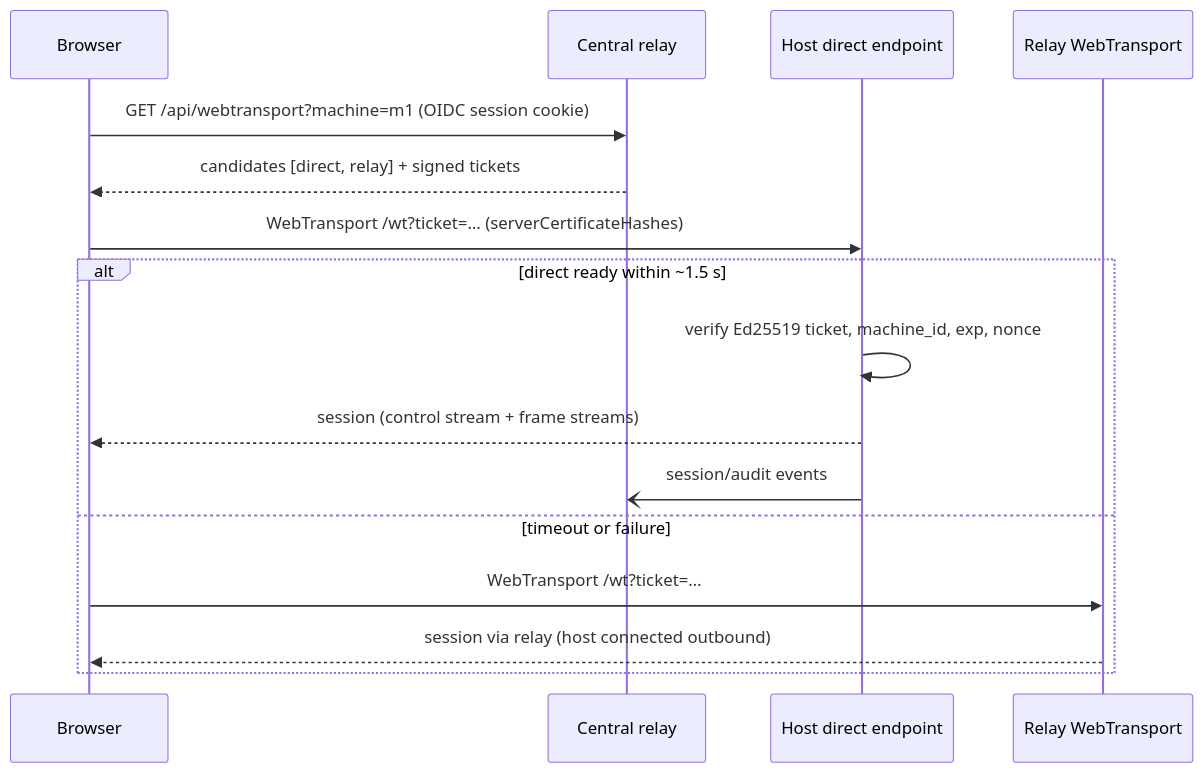
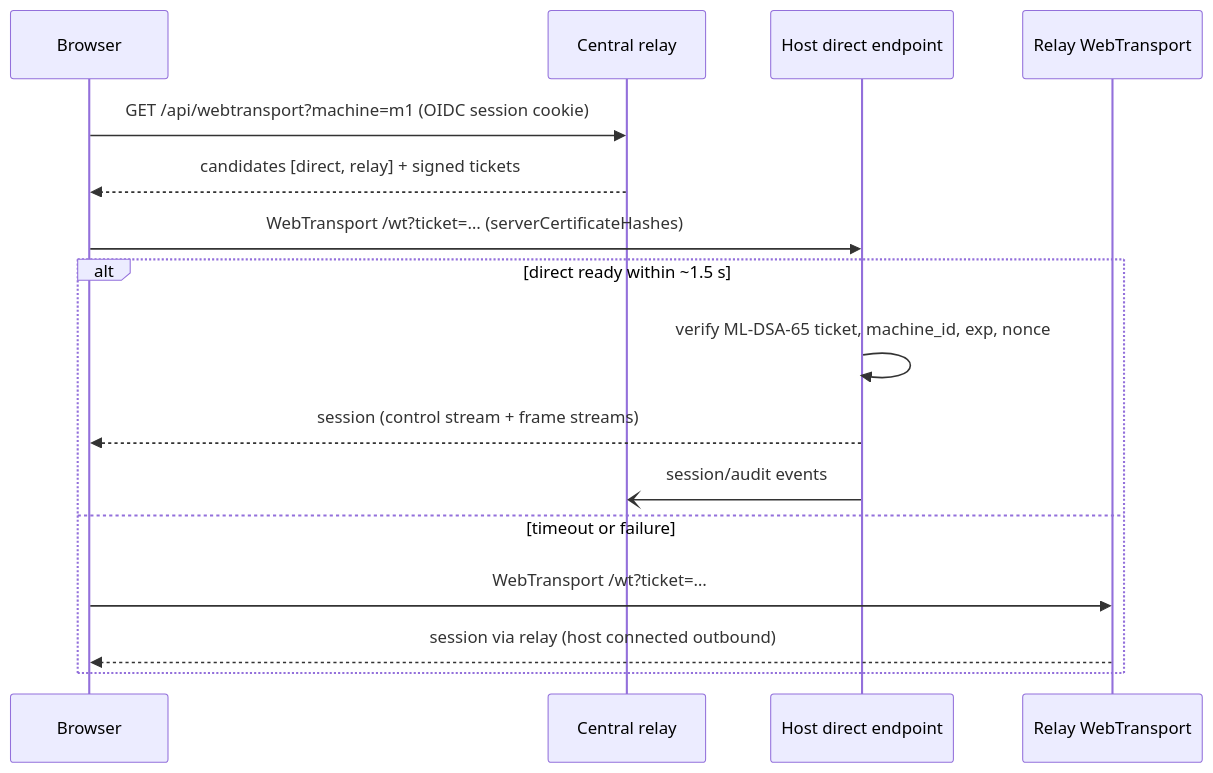
Before and after one commit to Exonical/rustcast: the second of 2 diagrams in docs/design/connection-modes.md, drawn with Mermaid. The commit also changed other lines of this file, not shown here.

````diff
--- a/docs/design/connection-modes.md
+++ b/docs/design/connection-modes.md
@@ -100,19 +100,19 @@
 ```mermaid
 sequenceDiagram
     participant B as Browser
     participant C as Central relay
     participant D as Host direct endpoint
     participant R as Relay WebTransport
 
     B->>C: GET /api/webtransport?machine=m1 (OIDC session cookie)
     C-->>B: candidates [direct, relay] + signed tickets
     B->>D: WebTransport /wt?ticket=… (serverCertificateHashes)
     alt direct ready within ~1.5 s
-        D->>D: verify Ed25519 ticket, machine_id, exp, nonce
+        D->>D: verify ML-DSA-65 ticket, machine_id, exp, nonce
         D-->>B: session (control stream + frame streams)
         D-)C: session/audit events
     else timeout or failure
         B->>R: WebTransport /wt?ticket=…
         R-->>B: session via relay (host connected outbound)
     end
 ```
````
